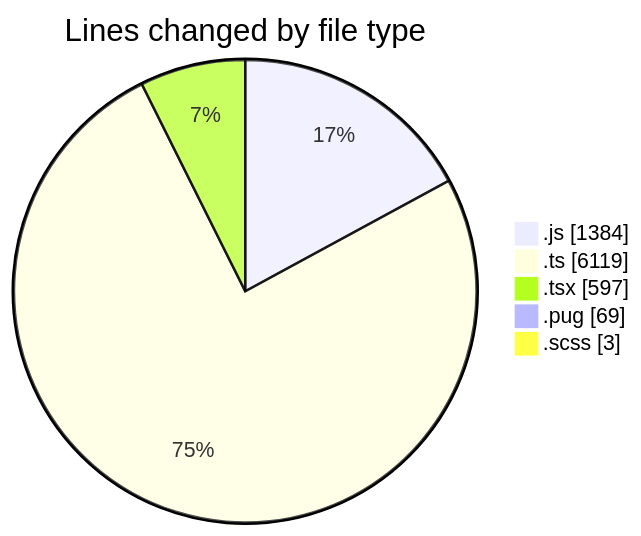
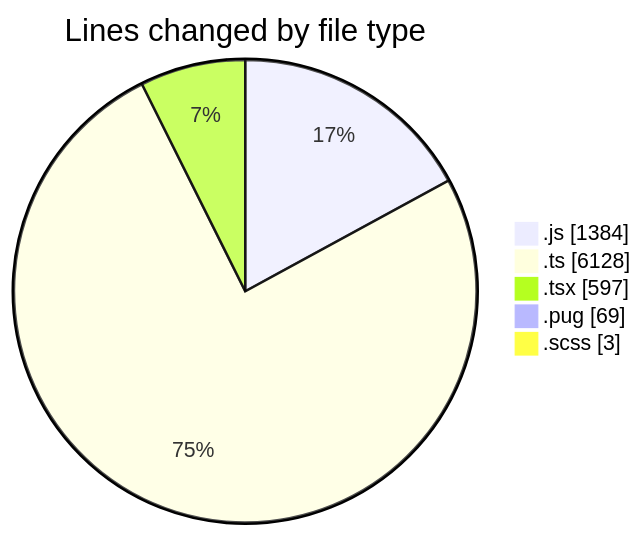
One commit to momahboobian/code-tracking changed the first of 2 diagrams in 2025-03-25/cda/README.md. Above: the diagram before and after it, drawn with Mermaid. The commit also changed other lines of this file and 1 other file, not shown here.

````diff
--- a/2025-03-25/cda/README.md
+++ b/2025-03-25/cda/README.md
@@ -34,9 +34,9 @@
 ```mermaid
 pie showData
 title Lines changed by file type
 ".js" : 1384
-".ts" : 6119
+".ts" : 6128
 ".tsx" : 597
 ".pug" : 69
 ".scss" : 3
 ```
````
